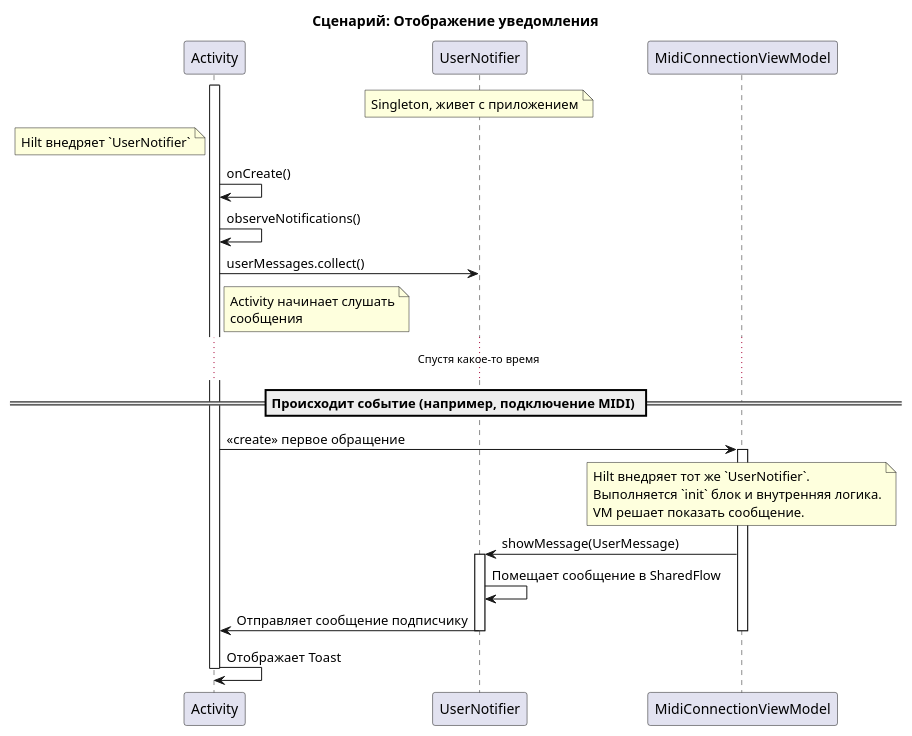
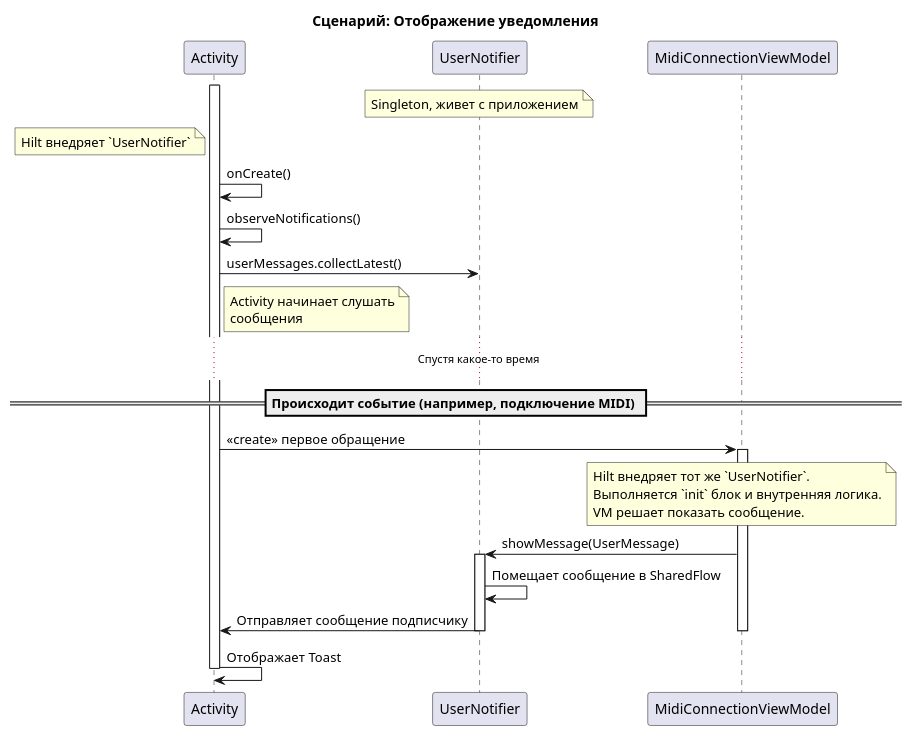
The fourth of 4 diagrams in docs/ts/MIDI_NOTIFICATION.md (astrizhachuk/PianoFlow), drawn with PlantUML before and after one commit. The commit also changed other lines of this file, not shown here.

Commit message:
docs: обновить диаграмму и удалить лишний пункт в MIDI_NOTIFICATION.md

````diff
--- a/docs/ts/MIDI_NOTIFICATION.md
+++ b/docs/ts/MIDI_NOTIFICATION.md
@@ -157,39 +157,39 @@
 ```plantuml
 @startuml
 title Сценарий: Отображение уведомления
 
 participant "Activity" as UI
 participant "UserNotifier" as Notifier
 participant "MidiConnectionViewModel" as VM
 
 note over Notifier: Singleton, живет с приложением
 
 activate UI
 note left of UI : Hilt внедряет `UserNotifier`
 UI -> UI : onCreate()
 UI -> UI : observeNotifications()
-UI -> Notifier : userMessages.collect()
+UI -> Notifier : userMessages.collectLatest()
 note right of UI : Activity начинает слушать\nсообщения
 
 ... Спустя какое-то время ...
 
 == Происходит событие (например, подключение MIDI) ==
 
 UI -> VM : <<create>> первое обращение
 activate VM
 note over VM
  Hilt внедряет тот же `UserNotifier`.
  Выполняется `init` блок и внутренняя логика.
  VM решает показать сообщение.
 end note
 VM -> Notifier : showMessage(UserMessage)
 activate Notifier
 Notifier -> Notifier : Помещает сообщение в SharedFlow
 Notifier -> UI : Отправляет сообщение подписчику
 deactivate Notifier
 deactivate VM
 
 UI -> UI : Отображает Toast
 deactivate UI
 @enduml
 ```
````
